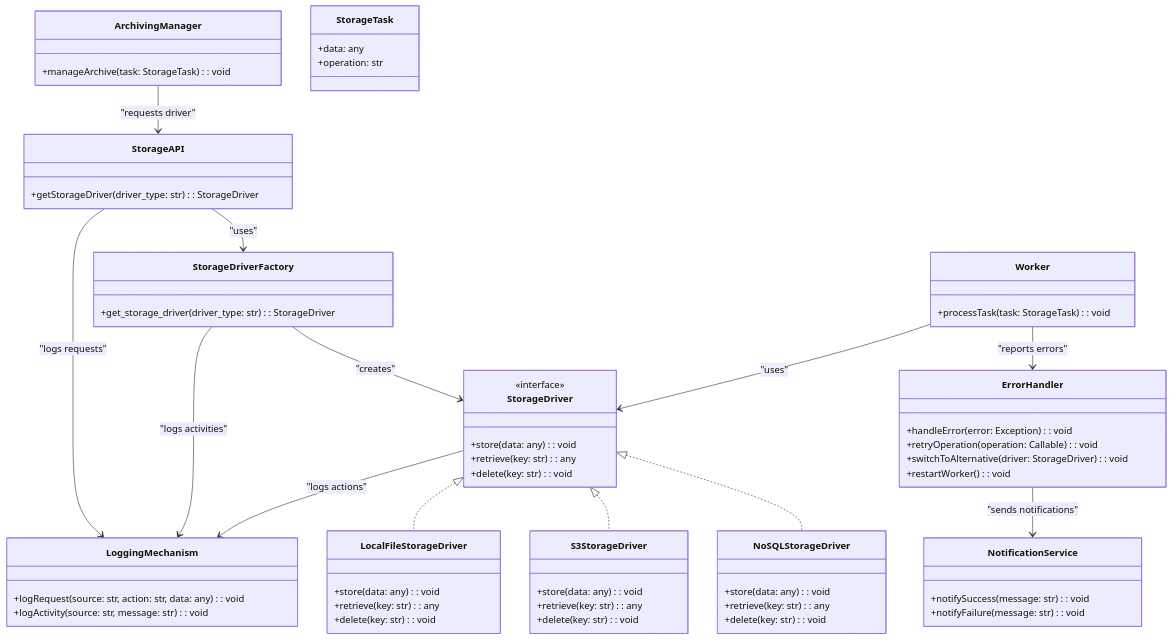
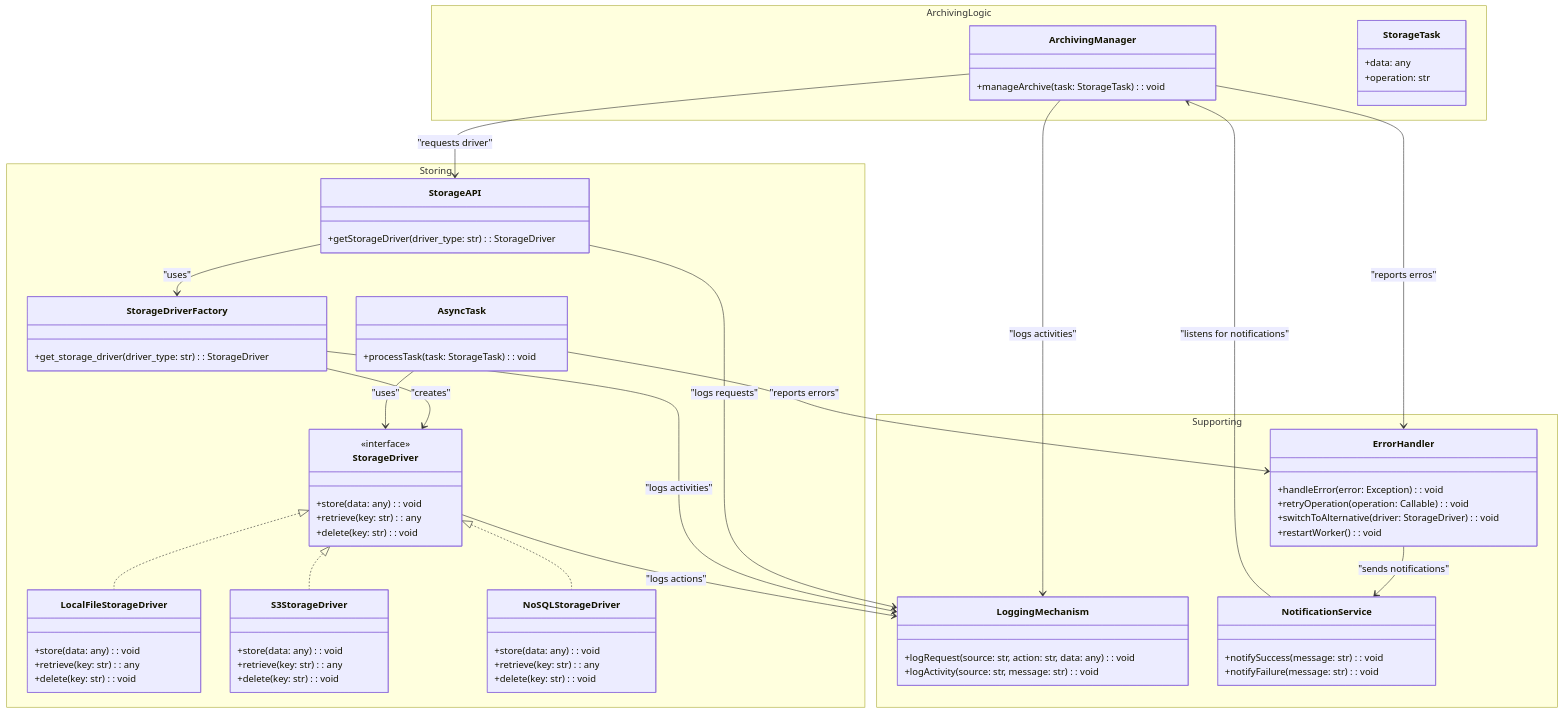
The diagram in docs/architecture/components/storage-drivers.md (ngandrass/moodle-data-archiving-concept), drawn with Mermaid before and after one commit. The commit also changed other lines of this file, not shown here.

Commit message:
Update storage-drivers.md
Changes made according to conversation on Tuesday.

````diff
--- a/docs/architecture/components/storage-drivers.md
+++ b/docs/architecture/components/storage-drivers.md
@@ -39,73 +39,78 @@
 ```mermaid
-classDiagram
-    class ArchivingManager {
-        +manageArchive(task: StorageTask): void
+classDiagram 
+    namespace ArchivingLogic{
+        class ArchivingManager {
+            +manageArchive(task: StorageTask): void
+        }
+        class StorageTask {
+            +data: any
+            +operation: str
+        }   
     }
+    namespace Supporting{
+        class LoggingMechanism {
+            +logRequest(source: str, action: str, data: any): void
+            +logActivity(source: str, message: str): void
+        }
+            class NotificationService {
+            +notifySuccess(message: str): void
+            +notifyFailure(message: str): void
+        }
 
-    class StorageAPI {
-        +getStorageDriver(driver_type: str): StorageDriver
+        class ErrorHandler {
+            +handleError(error: Exception): void
+            +retryOperation(operation: Callable): void
+            +switchToAlternative(driver: StorageDriver): void
+            +restartWorker(): void
+        }
     }
+    namespace Storing{
+        class StorageAPI {
+            +getStorageDriver(driver_type: str): StorageDriver
+        }
 
-    class StorageDriver {
-        <<interface>>
-        +store(data: any): void
-        +retrieve(key: str): any
-        +delete(key: str): void
-    }
+        class StorageDriver {
+            <<interface>>
+            +store(data: any): void
+            +retrieve(key: str): any
+            +delete(key: str): void
+        }
 
-    class LocalFileStorageDriver {
-        +store(data: any): void
-        +retrieve(key: str): any
-        +delete(key: str): void
-    }
+        class LocalFileStorageDriver {
+            +store(data: any): void
+            +retrieve(key: str): any
+            +delete(key: str): void
+        }
 
-    class S3StorageDriver {
-        +store(data: any): void
-        +retrieve(key: str): any
-        +delete(key: str): void
-    }
+        class S3StorageDriver {
+            +store(data: any): void
+            +retrieve(key: str): any
+            +delete(key: str): void
+        }
 
-    class NoSQLStorageDriver {
-        +store(data: any): void
-        +retrieve(key: str): any
-        +delete(key: str): void
-    }
+        class NoSQLStorageDriver {
+            +store(data: any): void
+            +retrieve(key: str): any
+            +delete(key: str): void
+        }
 
-    class StorageDriverFactory {
-        +get_storage_driver(driver_type: str): StorageDriver
-    }
+        class StorageDriverFactory {
+            +get_storage_driver(driver_type: str): StorageDriver
+        }
 
-    class NotificationService {
-        +notifySuccess(message: str): void
-        +notifyFailure(message: str): void
-    }
-
-    class ErrorHandler {
-        +handleError(error: Exception): void
-        +retryOperation(operation: Callable): void
-        +switchToAlternative(driver: StorageDriver): void
-        +restartWorker(): void
-    }
-
-    class Worker {
-        +processTask(task: StorageTask): void
-    }
-
-    class StorageTask {
-        +data: any
-        +operation: str
-    }
-
-    class LoggingMechanism {
-        +logRequest(source: str, action: str, data: any): void
-        +logActivity(source: str, message: str): void
+        class AsyncTask {
+            +processTask(task: StorageTask): void
+        }
     }
 
     ArchivingManager --> StorageAPI : "requests driver"
+    ArchivingManager --> ErrorHandler : "reports erros"
+    ArchivingManager --> LoggingMechanism : "logs activities"
+    NotificationService --> ArchivingManager : "listens for notifications"
     StorageAPI --> StorageDriverFactory : "uses"
     StorageDriverFactory --> StorageDriver : "creates"
-    Worker --> StorageDriver : "uses"
-    Worker --> ErrorHandler : "reports errors"
+    AsyncTask --> StorageDriver : "uses"
+    AsyncTask --> ErrorHandler : "reports errors"
     ErrorHandler --> NotificationService : "sends notifications"
     StorageAPI --> LoggingMechanism : "logs requests"
     StorageDriverFactory --> LoggingMechanism : "logs activities"
````
